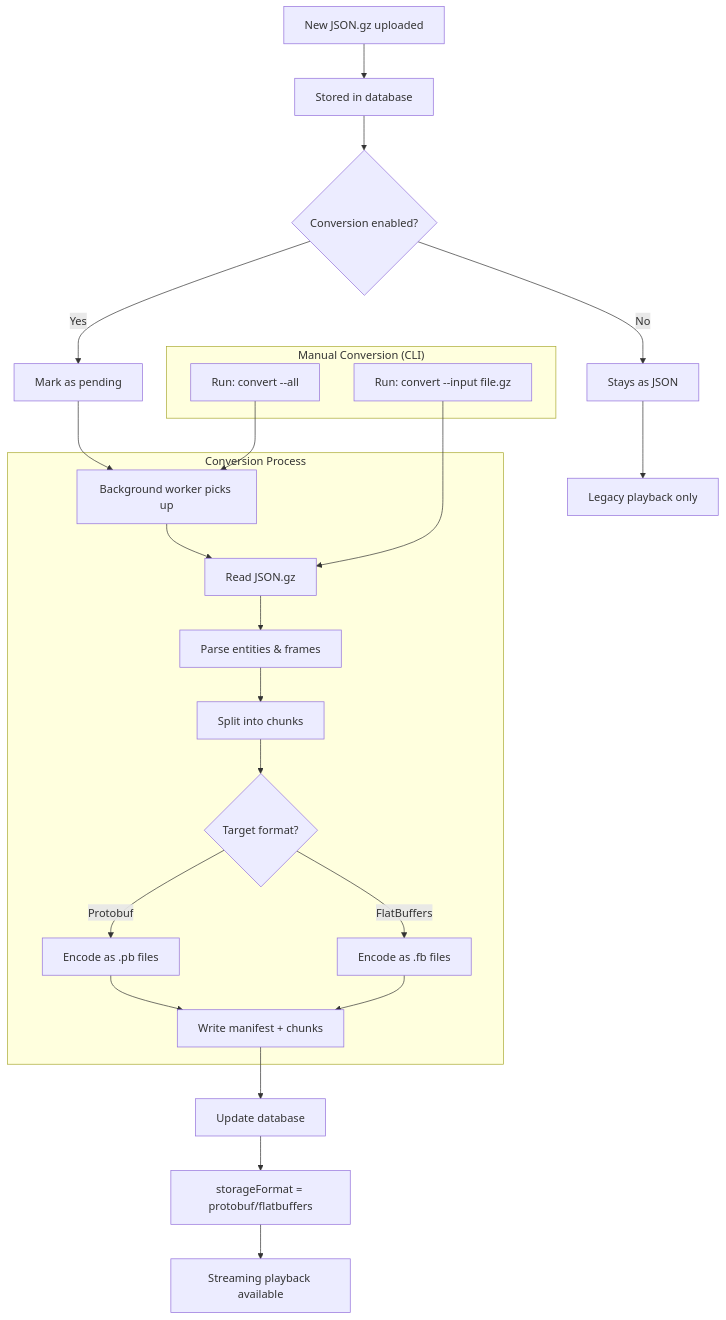
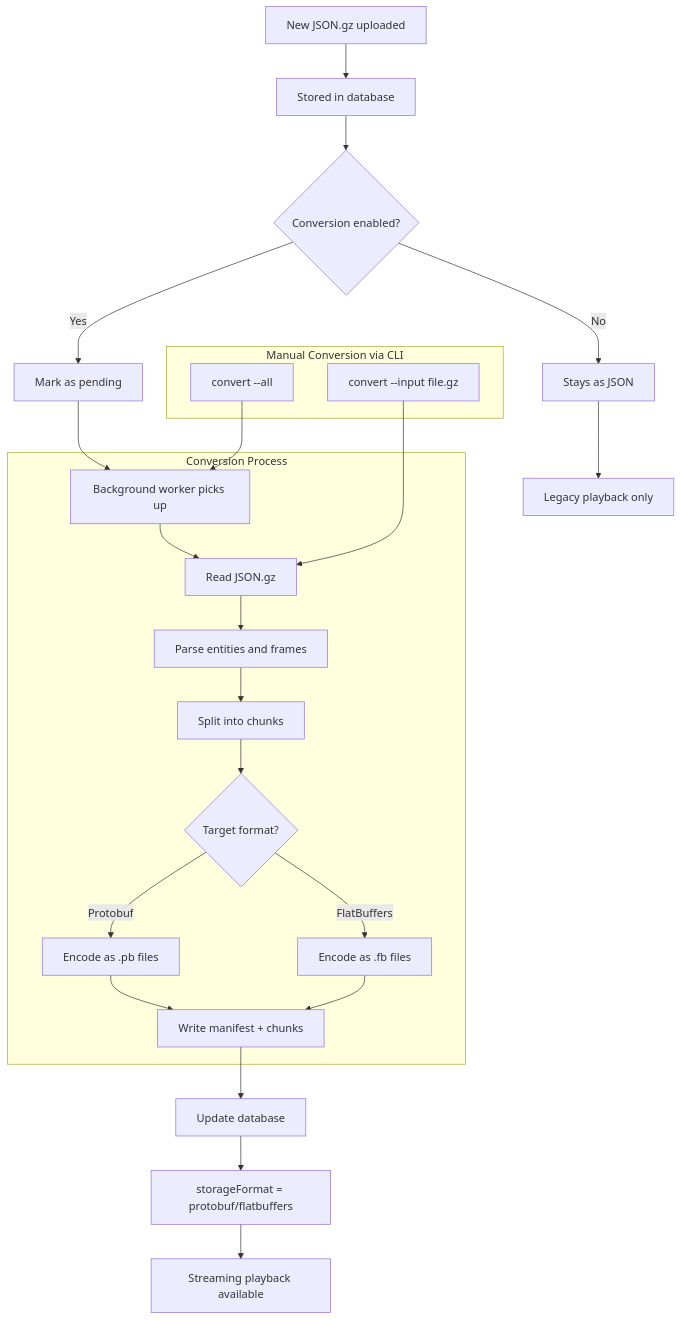
The second of 2 diagrams in README.md (OCAP2/web), drawn with Mermaid before and after one commit. The commit also changed other lines of this file, not shown here.

Commit message:
fix: mermaid syntax in flowcharts

````diff
--- a/README.md
+++ b/README.md
@@ -135,31 +135,31 @@
 ```mermaid
 flowchart TD
     A[New JSON.gz uploaded] --> B[Stored in database]
     B --> C{Conversion enabled?}
 
     C -->|No| D[Stays as JSON]
     D --> E[Legacy playback only]
 
     C -->|Yes| F[Mark as pending]
     F --> G[Background worker picks up]
 
-    subgraph Conversion["Conversion Process"]
+    subgraph Conversion[Conversion Process]
         G --> H[Read JSON.gz]
-        H --> I[Parse entities & frames]
+        H --> I[Parse entities and frames]
         I --> J[Split into chunks]
         J --> K{Target format?}
         K -->|Protobuf| L[Encode as .pb files]
         K -->|FlatBuffers| M[Encode as .fb files]
         L --> N[Write manifest + chunks]
         M --> N
     end
 
     N --> O[Update database]
     O --> P[storageFormat = protobuf/flatbuffers]
     P --> Q[Streaming playback available]
 
-    subgraph Manual["Manual Conversion (CLI)"]
-        R[Run: convert --input file.gz] --> H
-        S[Run: convert --all] --> G
+    subgraph Manual[Manual Conversion via CLI]
+        R[convert --input file.gz] --> H
+        S[convert --all] --> G
     end
 ```
````
